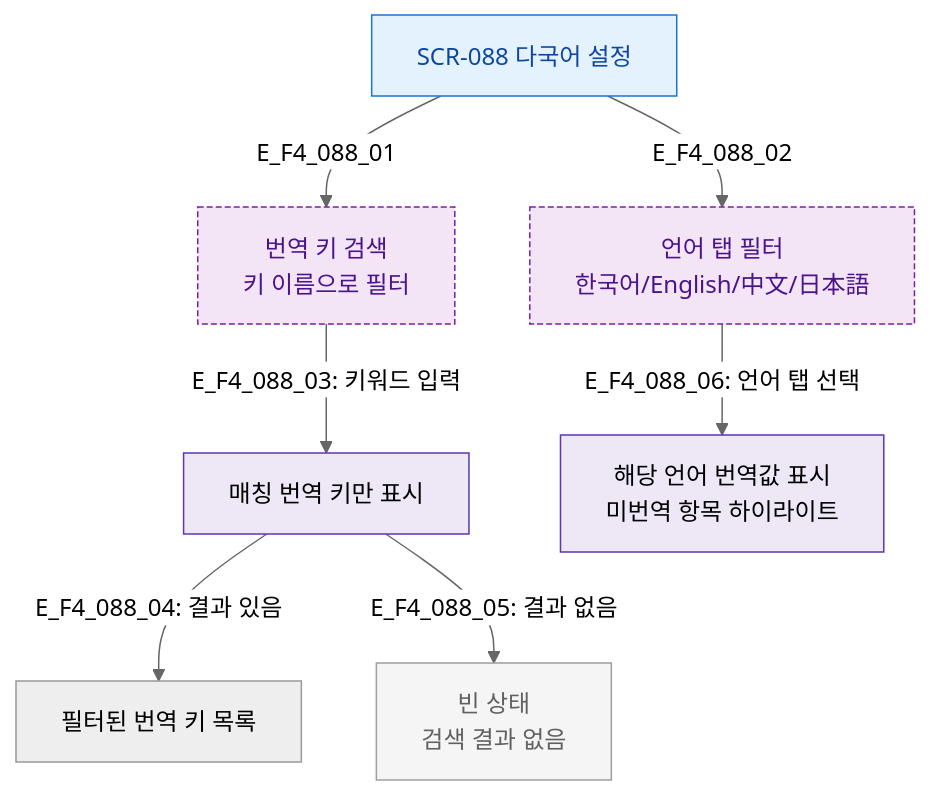
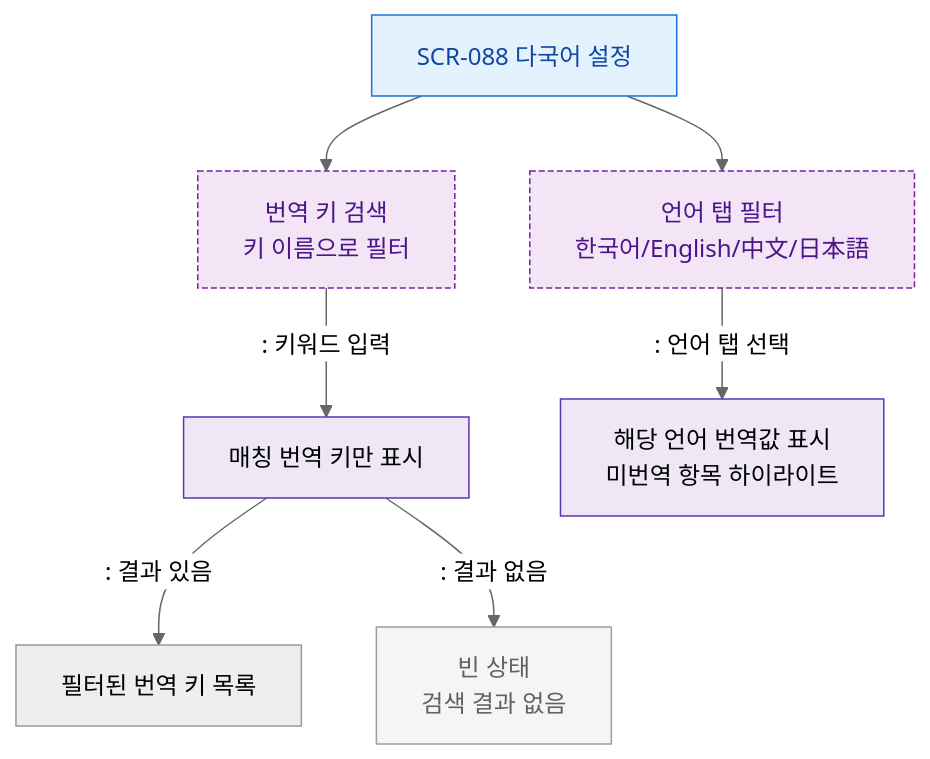
Before and after one commit to dev-spogym/admin-pando: the diagram in docs/다이어그램/D09_설정관리/SCR-088_다국어설정/F4_필터검색정렬.md, drawn with Mermaid (neutral theme). The commit also changed other lines of this file and 1660 other files, not shown here.

First line of the commit message:
다이어그램: 기획자/클라이언트 납품본으로 정리

````diff
--- a/docs/다이어그램/D09_설정관리/SCR-088_다국어설정/F4_필터검색정렬.md
+++ b/docs/다이어그램/D09_설정관리/SCR-088_다국어설정/F4_필터검색정렬.md
@@ -14,22 +12,22 @@
 ```mermaid
 flowchart TD
     SCR088[SCR-088 다국어 설정]
 
-    SCR088 -->|E_F4_088_01| SearchKey[번역 키 검색\n키 이름으로 필터]
-    SCR088 -->|E_F4_088_02| LangFilter[언어 탭 필터\n한국어/English/中文/日本語]
+    SCR088 --> SearchKey[번역 키 검색\n키 이름으로 필터]
+    SCR088 --> LangFilter[언어 탭 필터\n한국어/English/中文/日本語]
 
-    SearchKey -->|"E_F4_088_03: 키워드 입력"| SearchApply[매칭 번역 키만 표시]
-    SearchApply -->|"E_F4_088_04: 결과 있음"| ResultList[필터된 번역 키 목록]
-    SearchApply -->|"E_F4_088_05: 결과 없음"| EmptySearch[빈 상태\n검색 결과 없음]
+    SearchKey -->|": 키워드 입력"|SearchApply[매칭 번역 키만 표시]
+    SearchApply -->|": 결과 있음"|ResultList[필터된 번역 키 목록]
+    SearchApply -->|": 결과 없음"|EmptySearch[빈 상태\n검색 결과 없음]
 
-    LangFilter -->|"E_F4_088_06: 언어 탭 선택"| LangView[해당 언어 번역값 표시\n미번역 항목 하이라이트]
+    LangFilter -->|": 언어 탭 선택"|LangView[해당 언어 번역값 표시\n미번역 항목 하이라이트]
 
     classDef screen fill:#E3F2FD,stroke:#1976D2,color:#0D47A1
     classDef newFeature fill:#F3E5F5,stroke:#7B1FA2,color:#4A148C,stroke-dasharray:4 2
     classDef system fill:#EDE7F6,stroke:#5E35B2
     classDef rbacBlocked fill:#F5F5F5,stroke:#9E9E9E,color:#616161
     class SCR088 screen
     class SearchKey,LangFilter newFeature
     class SearchApply,LangView system
     class EmptySearch rbacBlocked
 ```
````
